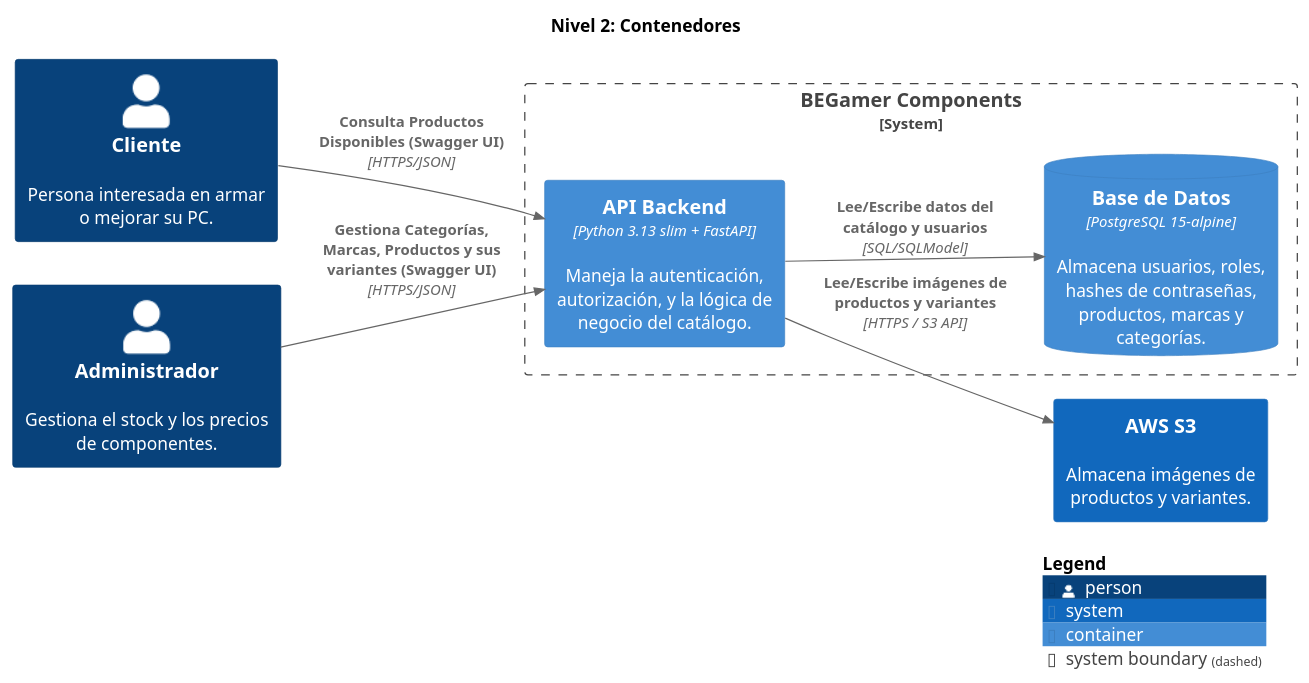
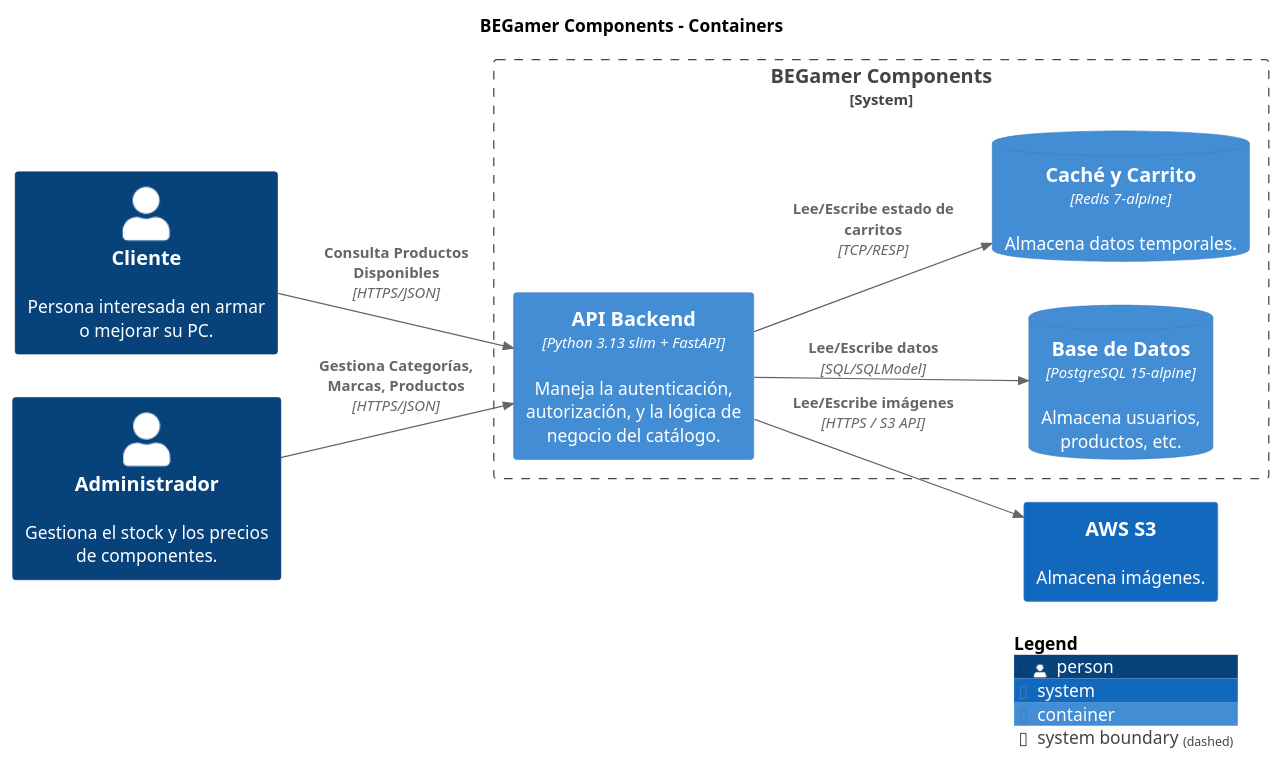
Before and after one commit to BruizN/BEGAMER-PC-COMPONENTS: the diagram in master/puml/Contenedores.puml, drawn with PlantUML. The commit also changed 42 other files, not shown here.

```diff
--- a/master/puml/Contenedores.puml
+++ b/master/puml/Contenedores.puml
@@ -1,26 +1,28 @@
 @startuml
 set separator none
-title Nivel 2: Contenedores
+title BEGamer Components - Containers
 
 left to right direction
 
 !include <C4/C4>
 !include <C4/C4_Context>
 !include <C4/C4_Container>
 
 Person(Cliente, "Cliente", $descr="Persona interesada en armar o mejorar su PC.", $tags="", $link="")
 Person(Administrador, "Administrador", $descr="Gestiona el stock y los precios de componentes.", $tags="", $link="")
-System(AWSS3, "AWS S3", $descr="Almacena imágenes de productos y variantes.", $tags="", $link="")
+System(AWSS3, "AWS S3", $descr="Almacena imágenes.", $tags="", $link="")
 
 System_Boundary("BEGamerComponents_boundary", "BEGamer Components", $tags="") {
+  ContainerDb(BEGamerComponents.BasedeDatos, "Base de Datos", $techn="PostgreSQL 15-alpine", $descr="Almacena usuarios, productos, etc.", $tags="", $link="")
+  ContainerDb(BEGamerComponents.CachéyCarrito, "Caché y Carrito", $techn="Redis 7-alpine", $descr="Almacena datos temporales.", $tags="", $link="")
   Container(BEGamerComponents.APIBackend, "API Backend", $techn="Python 3.13 slim + FastAPI", $descr="Maneja la autenticación, autorización, y la lógica de negocio del catálogo.", $tags="", $link="")
-  ContainerDb(BEGamerComponents.BasedeDatos, "Base de Datos", $techn="PostgreSQL 15-alpine", $descr="Almacena usuarios, roles, hashes de contraseñas, productos, marcas y categorías.", $tags="", $link="")
 }
 
-Rel(Administrador, BEGamerComponents.APIBackend, "Gestiona Categorías, Marcas, Productos y sus variantes (Swagger UI)", $techn="HTTPS/JSON", $tags="", $link="")
-Rel(Cliente, BEGamerComponents.APIBackend, "Consulta Productos Disponibles (Swagger UI)", $techn="HTTPS/JSON", $tags="", $link="")
-Rel(BEGamerComponents.APIBackend, BEGamerComponents.BasedeDatos, "Lee/Escribe datos del catálogo y usuarios", $techn="SQL/SQLModel", $tags="", $link="")
-Rel(BEGamerComponents.APIBackend, AWSS3, "Lee/Escribe imágenes de productos y variantes", $techn="HTTPS / S3 API", $tags="", $link="")
+Rel(Administrador, BEGamerComponents.APIBackend, "Gestiona Categorías, Marcas, Productos", $techn="HTTPS/JSON", $tags="", $link="")
+Rel(Cliente, BEGamerComponents.APIBackend, "Consulta Productos Disponibles", $techn="HTTPS/JSON", $tags="", $link="")
+Rel(BEGamerComponents.APIBackend, BEGamerComponents.BasedeDatos, "Lee/Escribe datos", $techn="SQL/SQLModel", $tags="", $link="")
+Rel(BEGamerComponents.APIBackend, AWSS3, "Lee/Escribe imágenes", $techn="HTTPS / S3 API", $tags="", $link="")
+Rel(BEGamerComponents.APIBackend, BEGamerComponents.CachéyCarrito, "Lee/Escribe estado de carritos", $techn="TCP/RESP", $tags="", $link="")
 
 SHOW_LEGEND(true)
 @enduml
```
